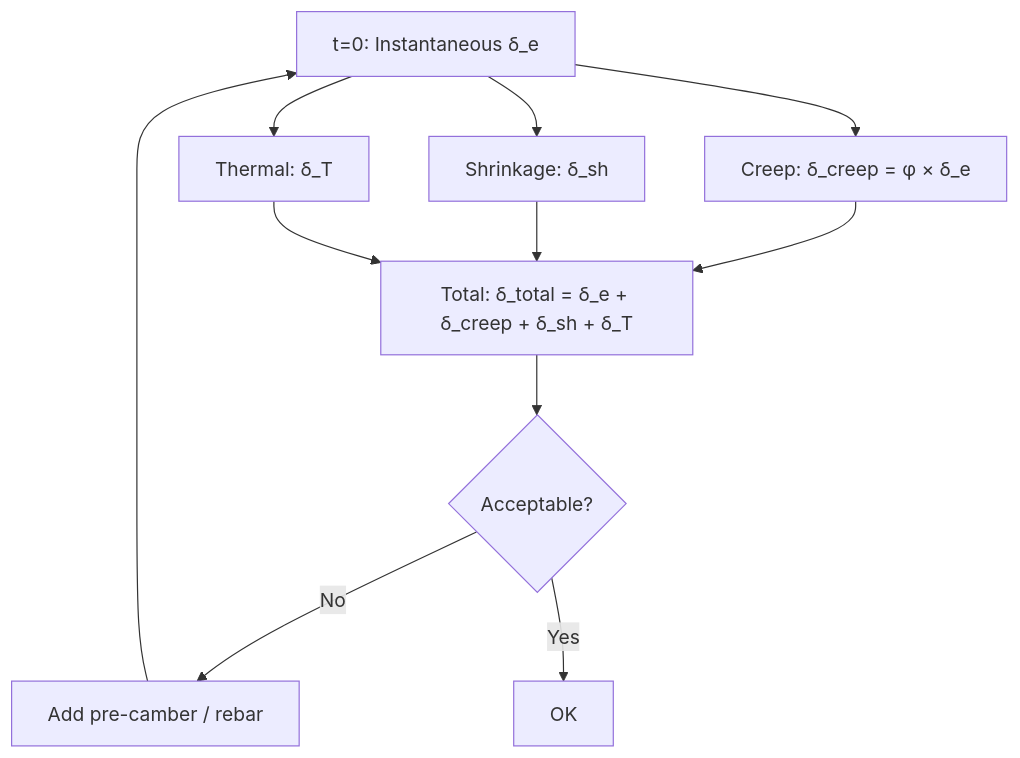
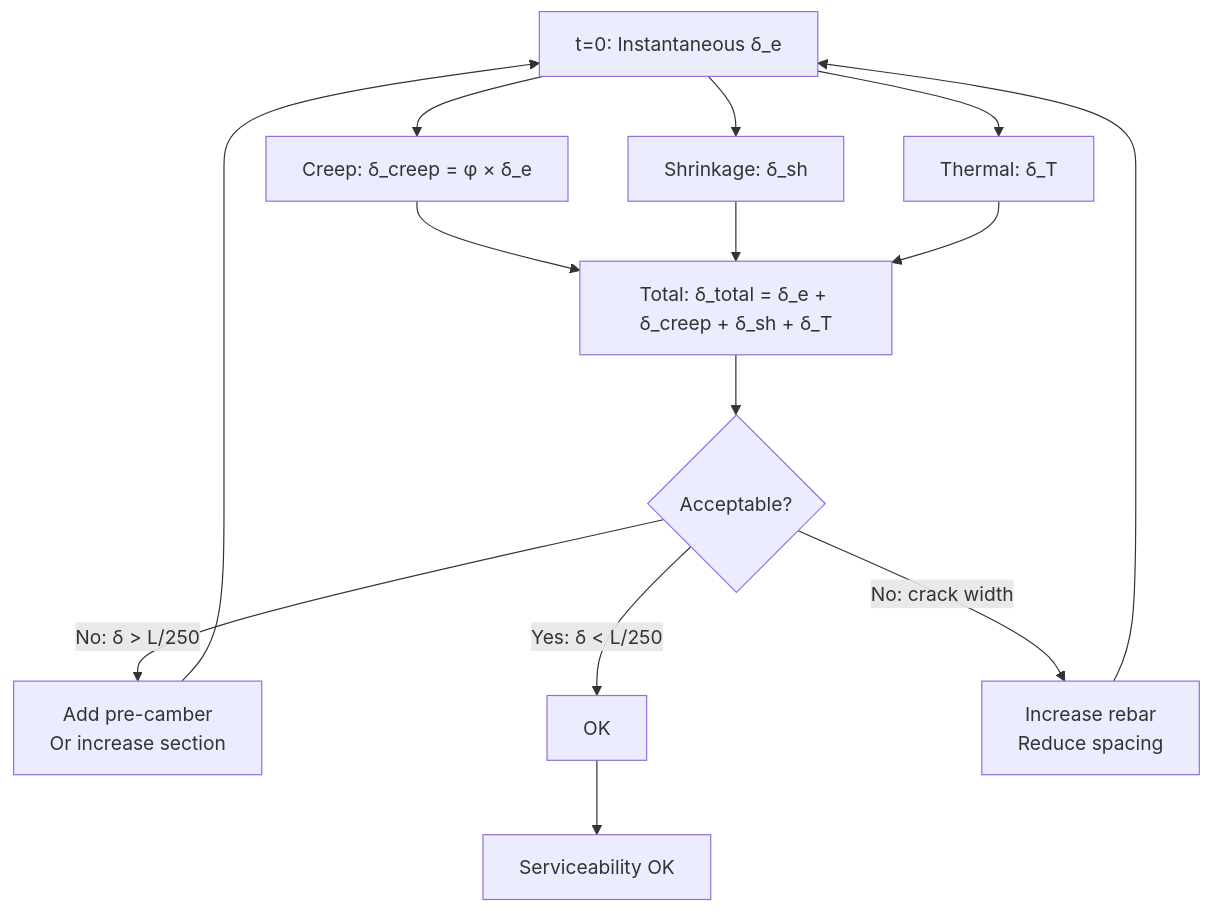
Before and after one commit to yip-lgtm/civil-bootcamp: the second of 5 diagrams in MIT_CEE_MEng_SMD/04_1.541_Concrete_Structures.md, drawn with Mermaid. The commit also changed other lines of this file and 8 other files, not shown here.

````diff
--- a/MIT_CEE_MEng_SMD/04_1.541_Concrete_Structures.md
+++ b/MIT_CEE_MEng_SMD/04_1.541_Concrete_Structures.md
@@ -225,13 +329,16 @@
 ```mermaid
 flowchart TD
     A[t=0: Instantaneous δ_e] --> B[Creep: δ_creep = φ × δ_e]
     A --> C[Shrinkage: δ_sh]
     A --> D[Thermal: δ_T]
     B --> E[Total: δ_total = δ_e + δ_creep + δ_sh + δ_T]
     C --> E
     D --> E
     E --> F{Acceptable?}
-    F -->|No| G[Add pre-camber / rebar]
+    F -->|No: δ > L/250| G[Add pre-camber<br/>Or increase section]
     G --> A
-    F -->|Yes| H[OK]
+    F -->|Yes: δ < L/250| H[OK]
+    F -->|No: crack width| I[Increase rebar<br/>Reduce spacing]
+    I --> A
+    H --> J[Serviceability OK]
 ```
````
